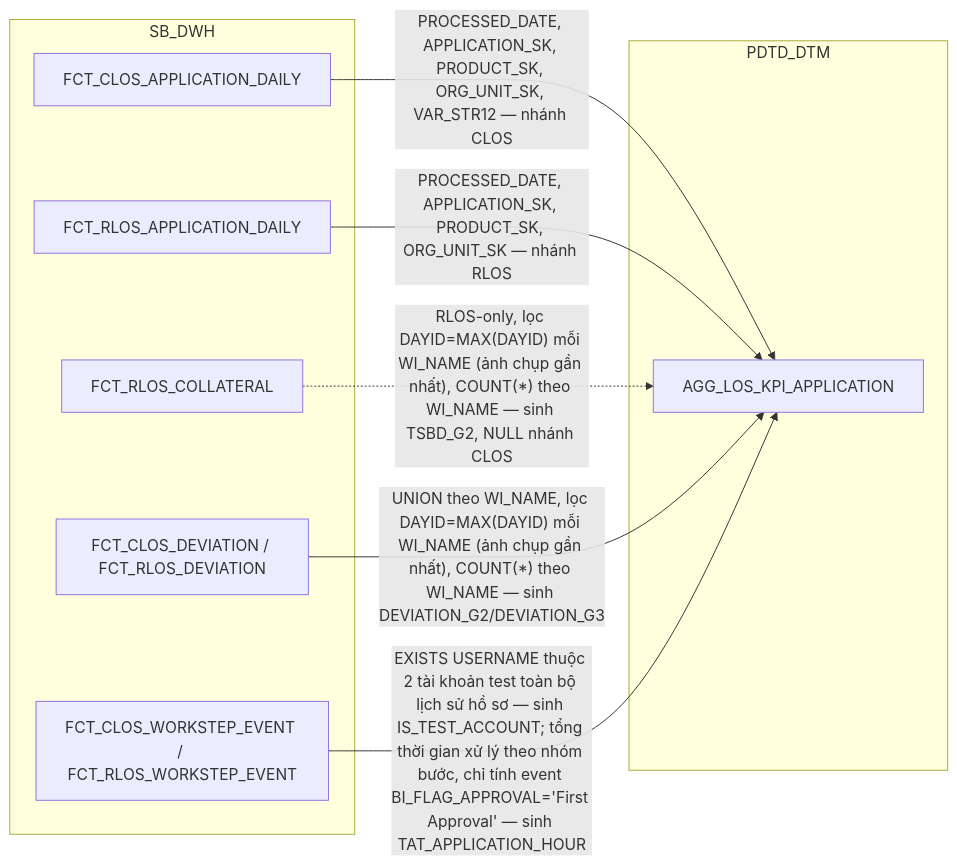
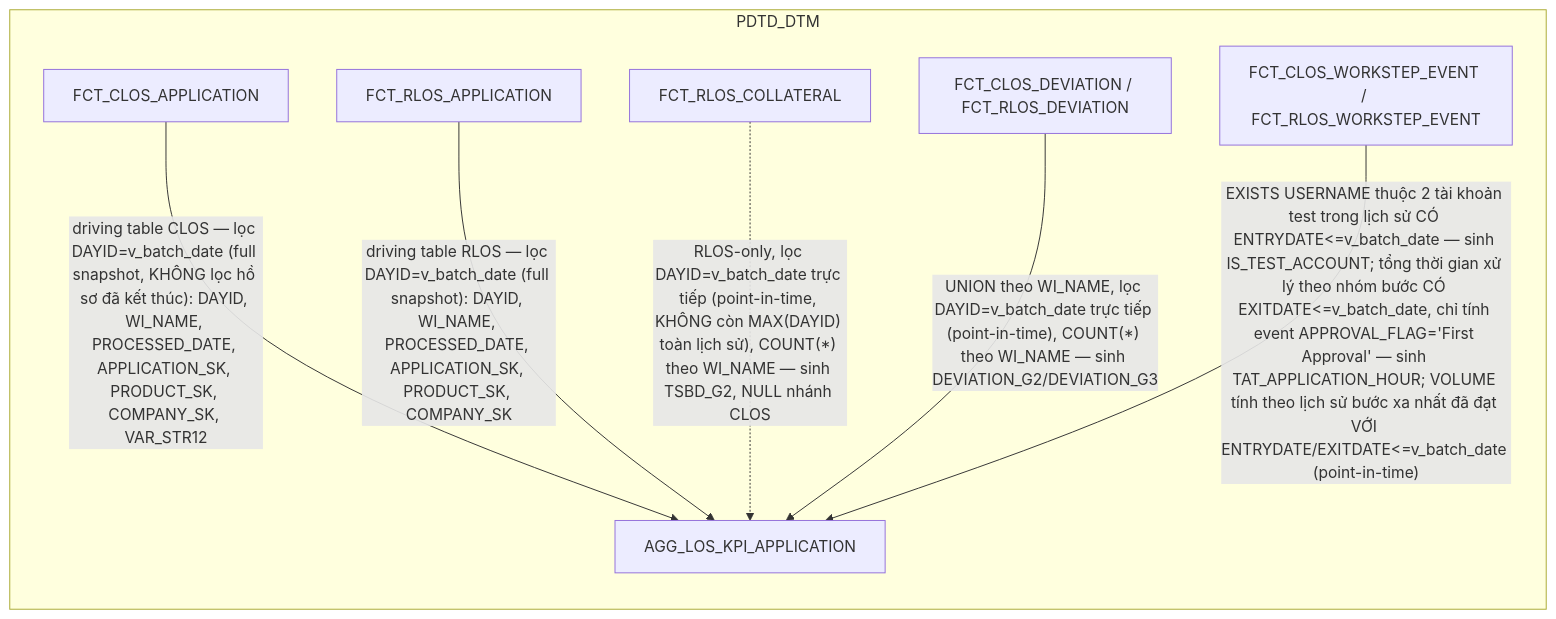
Before and after one commit to chien1198/sb-mapping-gen: the third of 19 diagrams in hld/hld_review/HLD_FCT_PDTD_DTM_review.md, drawn with Mermaid. The commit also changed other lines of this file and 183 other files, not shown here.

````diff
--- a/hld/hld_review/HLD_FCT_PDTD_DTM_review.md
+++ b/hld/hld_review/HLD_FCT_PDTD_DTM_review.md
@@ -78,18 +123,16 @@
 ```mermaid
 flowchart LR
-    subgraph SB_DWH
-        A["FCT_CLOS_APPLICATION_DAILY"]
-        B["FCT_RLOS_APPLICATION_DAILY"]
+    subgraph PDTD_DTM
+        A["FCT_CLOS_APPLICATION"]
+        B["FCT_RLOS_APPLICATION"]
         L["FCT_RLOS_COLLATERAL"]
         V["FCT_CLOS_DEVIATION / FCT_RLOS_DEVIATION"]
         W["FCT_CLOS_WORKSTEP_EVENT / FCT_RLOS_WORKSTEP_EVENT"]
-    end
-    subgraph PDTD_DTM
         K["AGG_LOS_KPI_APPLICATION"]
     end
-    A -->|PROCESSED_DATE, APPLICATION_SK, PRODUCT_SK, ORG_UNIT_SK, VAR_STR12 — nhánh CLOS| K
-    B -->|PROCESSED_DATE, APPLICATION_SK, PRODUCT_SK, ORG_UNIT_SK — nhánh RLOS| K
-    L -.->|"RLOS-only, lọc DAYID=MAX(DAYID) mỗi WI_NAME (ảnh chụp gần nhất), COUNT(*) theo WI_NAME — sinh TSBD_G2, NULL nhánh CLOS"| K
-    V -->|"UNION theo WI_NAME, lọc DAYID=MAX(DAYID) mỗi WI_NAME (ảnh chụp gần nhất), COUNT(*) theo WI_NAME — sinh DEVIATION_G2/DEVIATION_G3"| K
-    W -->|"EXISTS USERNAME thuộc 2 tài khoản test toàn bộ lịch sử hồ sơ — sinh IS_TEST_ACCOUNT; tổng thời gian xử lý theo nhóm bước, chỉ tính event BI_FLAG_APPROVAL='First Approval' — sinh TAT_APPLICATION_HOUR"| K
+    A -->|"driving table CLOS — lọc DAYID=v_batch_date (full snapshot, KHÔNG lọc hồ sơ đã kết thúc): DAYID, WI_NAME, PROCESSED_DATE, APPLICATION_SK, PRODUCT_SK, COMPANY_SK, VAR_STR12"| K
+    B -->|"driving table RLOS — lọc DAYID=v_batch_date (full snapshot): DAYID, WI_NAME, PROCESSED_DATE, APPLICATION_SK, PRODUCT_SK, COMPANY_SK"| K
+    L -.->|"RLOS-only, lọc DAYID=v_batch_date trực tiếp (point-in-time, KHÔNG còn MAX(DAYID) toàn lịch sử), COUNT(*) theo WI_NAME — sinh TSBD_G2, NULL nhánh CLOS"| K
+    V -->|"UNION theo WI_NAME, lọc DAYID=v_batch_date trực tiếp (point-in-time), COUNT(*) theo WI_NAME — sinh DEVIATION_G2/DEVIATION_G3"| K
+    W -->|"EXISTS USERNAME thuộc 2 tài khoản test trong lịch sử CÓ ENTRYDATE<=v_batch_date — sinh IS_TEST_ACCOUNT; tổng thời gian xử lý theo nhóm bước CÓ EXITDATE<=v_batch_date, chỉ tính event APPROVAL_FLAG='First Approval' — sinh TAT_APPLICATION_HOUR; VOLUME tính theo lịch sử bước xa nhất đã đạt VỚI ENTRYDATE/EXITDATE<=v_batch_date (point-in-time)"| K
 ```
````
